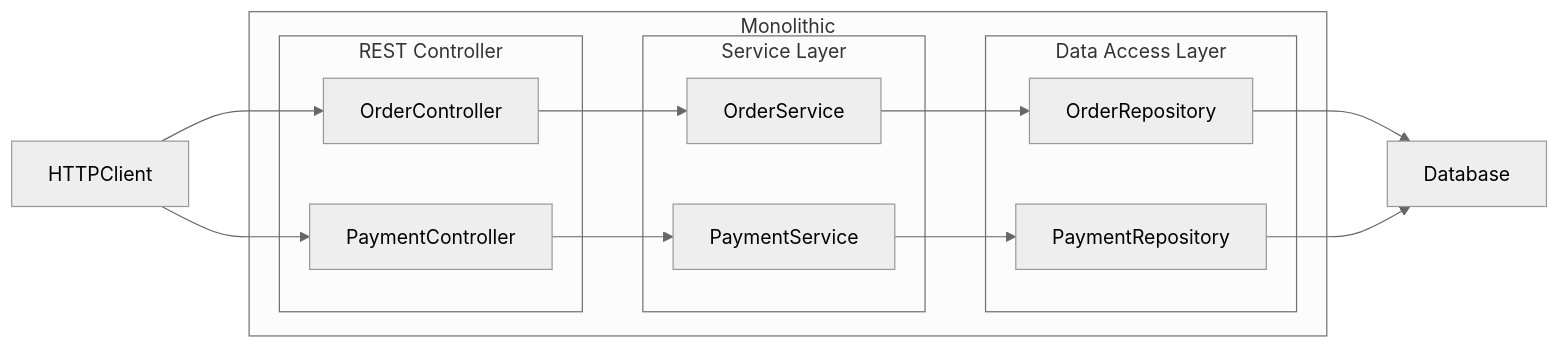
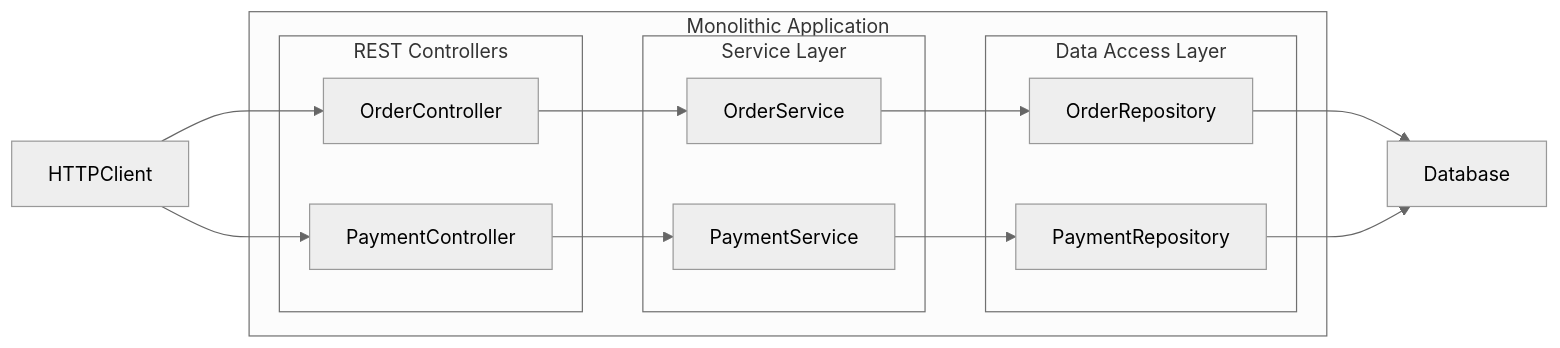
One commit to codecraft87/order-payment-system changed the first of 5 diagrams in README.md. Above: the diagram before and after it, drawn with Mermaid (neutral theme). The commit also changed other lines of this file, not shown here.

````diff
--- a/README.md
+++ b/README.md
@@ -37,32 +53,31 @@
 ```mermaid
 flowchart LR
     HTTPClient --> OrderController
     HTTPClient --> PaymentController
 
     OrderController --> OrderService
     PaymentController --> PaymentService
 
     OrderService --> OrderRepository
     PaymentService --> PaymentRepository
 
     OrderRepository --> Database
     PaymentRepository --> Database
 
-    subgraph Monolithic["Monolithic"]
-        subgraph Controller["REST Controller"]
+    subgraph Monolithic["Monolithic Application"]
+        subgraph Controller["REST Controllers"]
             OrderController
             PaymentController
         end
 
         subgraph Service["Service Layer"]
             OrderService
             PaymentService
         end
 
         subgraph DataAccess["Data Access Layer"]
             OrderRepository
             PaymentRepository
         end
     end
-
 ```
````
